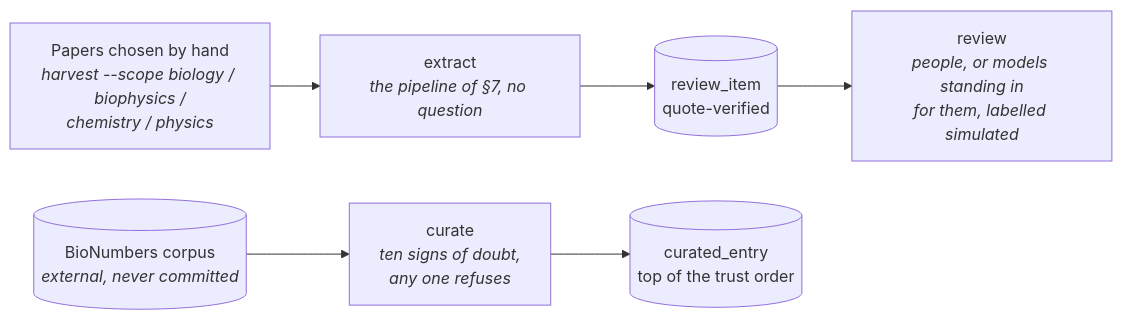
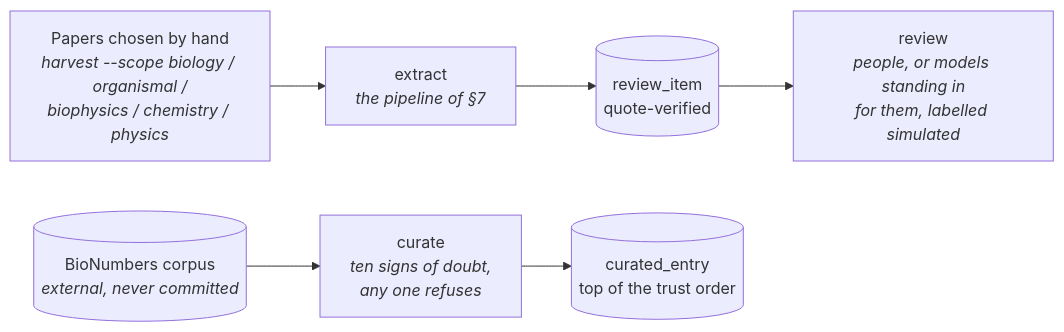
One commit to DukeOfErl/Numera changed diagram 11 of 14 in docs/diagrams/architecture.md. Above: the diagram before and after it, drawn with Mermaid. The commit also changed other lines of this file, not shown here.

First line of the commit message:
Bring the architecture diagrams up to date

````diff
--- a/docs/diagrams/architecture.md
+++ b/docs/diagrams/architecture.md
@@ -489,12 +495,12 @@
 ```mermaid
 flowchart LR
-    papers["Papers chosen by hand<br/><i>harvest --scope biology / biophysics /<br/>chemistry / physics</i>"]
-    extract["extract<br/><i>the pipeline of §7, no question</i>"]
+    papers["Papers chosen by hand<br/><i>harvest --scope biology / organismal /<br/>biophysics / chemistry / physics</i>"]
+    extract["extract<br/><i>the pipeline of §7</i>"]
     items[("review_item<br/>quote-verified")]
     review["review<br/><i>people, or models standing in<br/>for them, labelled simulated</i>"]
     corpus[("BioNumbers corpus<br/><i>external, never committed</i>")]
     curate["curate<br/><i>ten signs of doubt,<br/>any one refuses</i>"]
     curated[("curated_entry<br/>top of the trust order")]
     papers --> extract --> items --> review
     corpus --> curate --> curated
 ```
````
